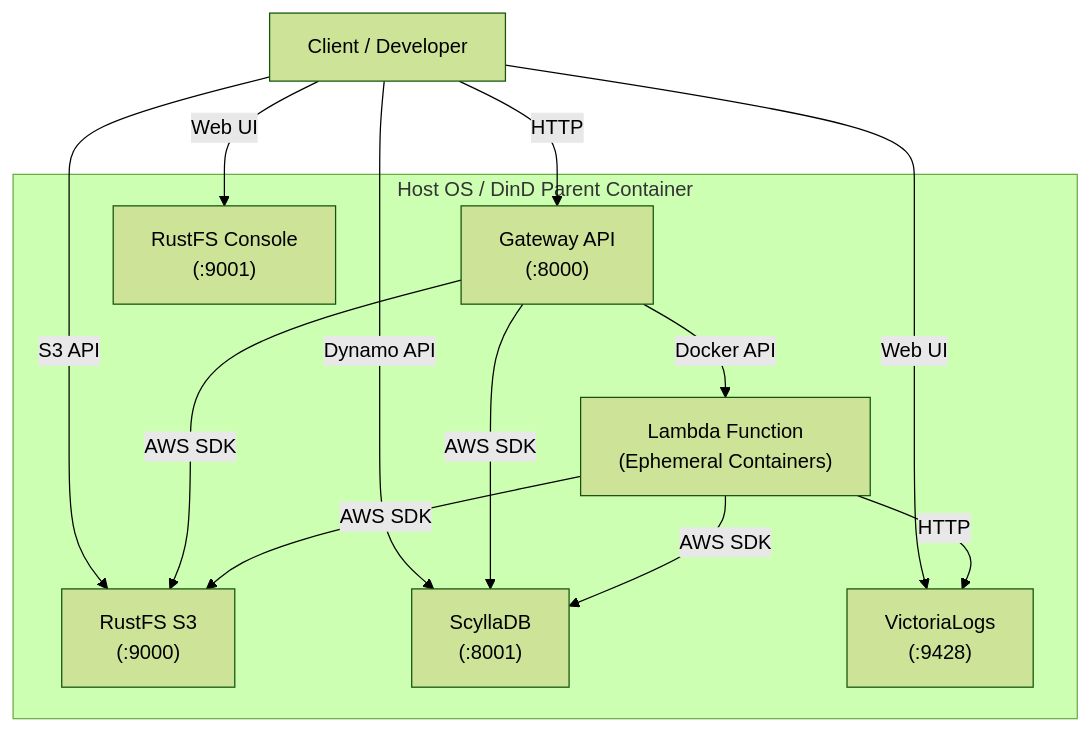
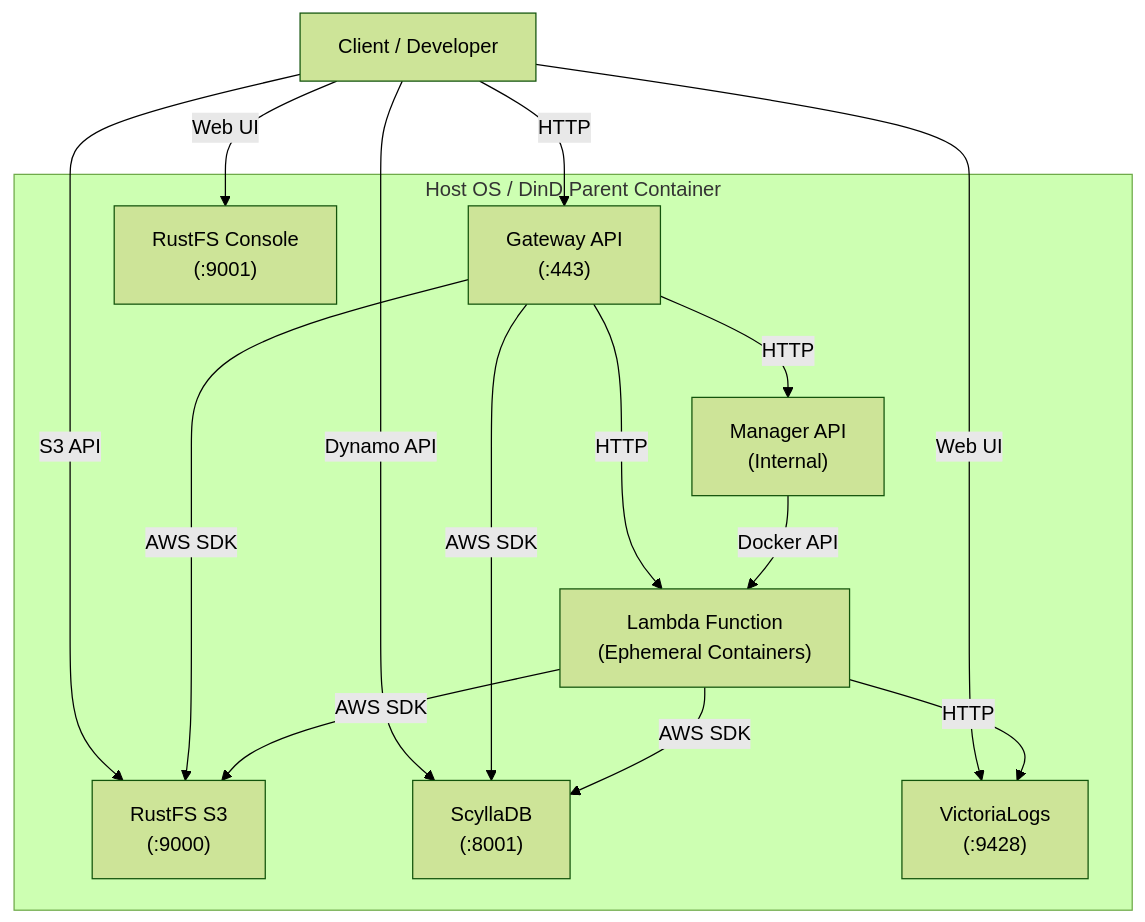
One commit to poruru-code/esb changed the diagram in docs/spec.md. Above: the diagram before and after it, drawn with Mermaid (forest theme). The commit also changed other lines of this file and 7 other files, not shown here.

````diff
--- a/docs/spec.md
+++ b/docs/spec.md
@@ -10,28 +10,32 @@
 ```mermaid
 graph TD
     User[Client / Developer]
     
     subgraph Host["Host OS / DinD Parent Container"]
-        Gateway["Gateway API<br>(:8000)"]
+        Gateway["Gateway API<br>(:443)"]
+        Manager["Manager API<br>(Internal)"]
         RustFS["RustFS S3<br>(:9000)"]
         Console["RustFS Console<br>(:9001)"]
         DB["ScyllaDB<br>(:8001)"]
         Logs["VictoriaLogs<br>(:9428)"]
         
         Lambda["Lambda Function<br>(Ephemeral Containers)"]
     end
 
     User -->|HTTP| Gateway
     User -->|S3 API| RustFS
     User -->|Web UI| Console
     User -->|Dynamo API| DB
     User -->|Web UI| Logs
     
-    Gateway -->|Docker API| Lambda
+    Gateway -->|HTTP| Manager
     Gateway -->|AWS SDK| RustFS
     Gateway -->|AWS SDK| DB
+    Gateway -->|HTTP| Lambda
+    
+    Manager -->|Docker API| Lambda
     
     Lambda -->|AWS SDK| RustFS
     Lambda -->|AWS SDK| DB
     Lambda -->|HTTP| Logs
 ```
````
